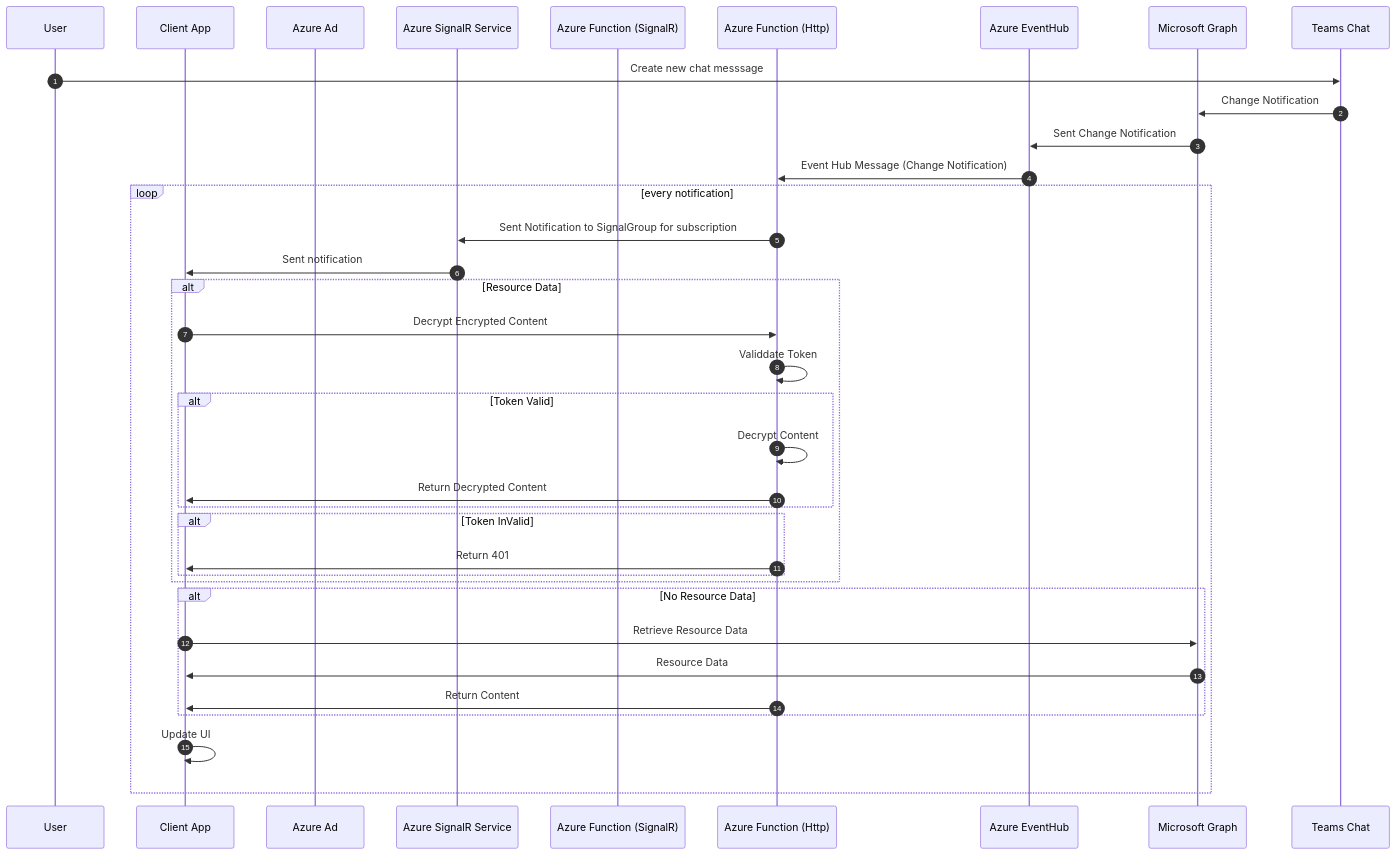
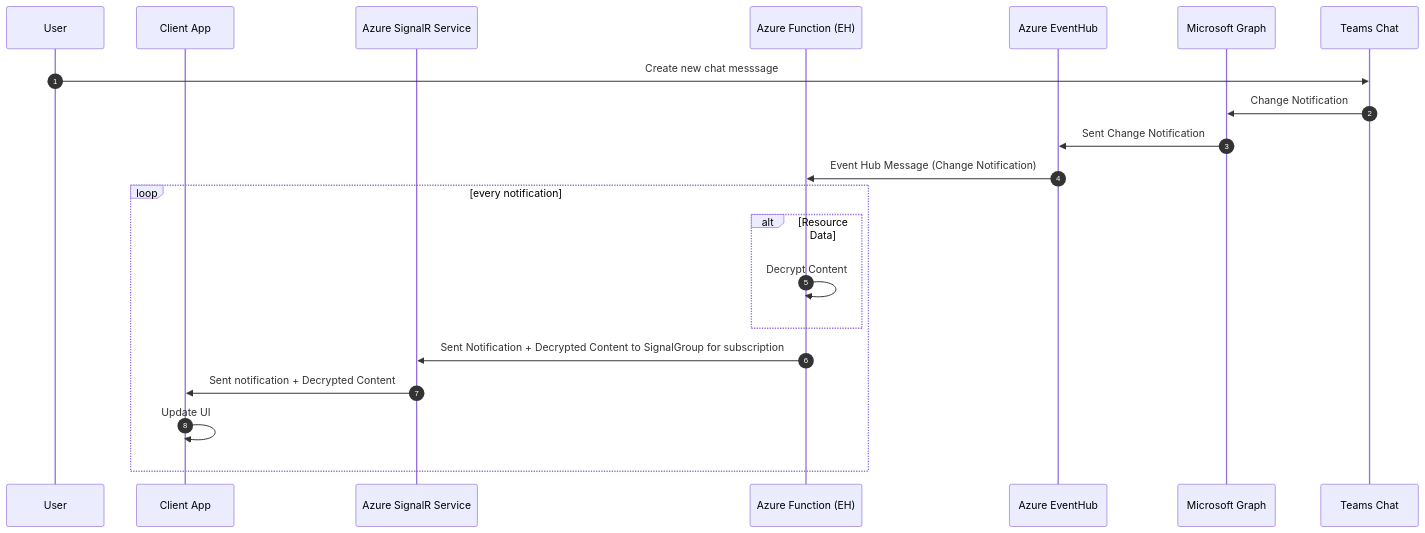
Before and after one commit to microsoft/GraphNotificationBroker: the third of 4 diagrams in docs/architecture.md, drawn with Mermaid.

````diff
--- a/docs/architecture.md
+++ b/docs/architecture.md
@@ -86,40 +86,24 @@
 ```mermaid
 sequenceDiagram
     autonumber
     participant User
     participant Client App
-    participant Azure Ad
     participant Azure SignalR Service
-    participant Azure Function (SignalR)
-    participant Azure Function (Http)
+    participant Azure Function (EH)
     participant Azure EventHub
     participant Microsoft Graph
     participant Teams Chat
     User->>Teams Chat: Create new chat messsage
     Teams Chat->>Microsoft Graph: Change Notification
     Microsoft Graph->>Azure EventHub: Sent Change Notification
-    Azure EventHub->>Azure Function (Http): Event Hub Message (Change Notification)
+    Azure EventHub->>Azure Function (EH): Event Hub Message (Change Notification)
     loop every notification
-        Azure Function (Http)->>Azure SignalR Service: Sent Notification to SignalGroup for subscription
-        Azure SignalR Service->>Client App: Sent notification
         alt Resource Data
-            Client App->>Azure Function (Http): Decrypt Encrypted Content
-            Azure Function (Http)->>Azure Function (Http): Validdate Token
-            alt Token Valid
-                Azure Function (Http)->>Azure Function (Http): Decrypt Content
-                Azure Function (Http)->>Client App: Return Decrypted Content
-            end
-            alt Token InValid
-                Azure Function (Http)->>Client App:Return 401
-            end
+            Azure Function (EH) ->> Azure Function (EH): Decrypt Content
         end
-        alt No Resource Data
-            Client App->>Microsoft Graph:Retrieve Resource Data
-            Microsoft Graph->>Client App: Resource Data
-            Azure Function (Http)->>Client App:Return Content
-        end 
-
+        Azure Function (EH)->>Azure SignalR Service: Sent Notification + Decrypted Content to SignalGroup for subscription
+        Azure SignalR Service->>Client App: Sent notification + Decrypted Content
         Client App->>Client App: Update UI
     end
 
 ```
````
